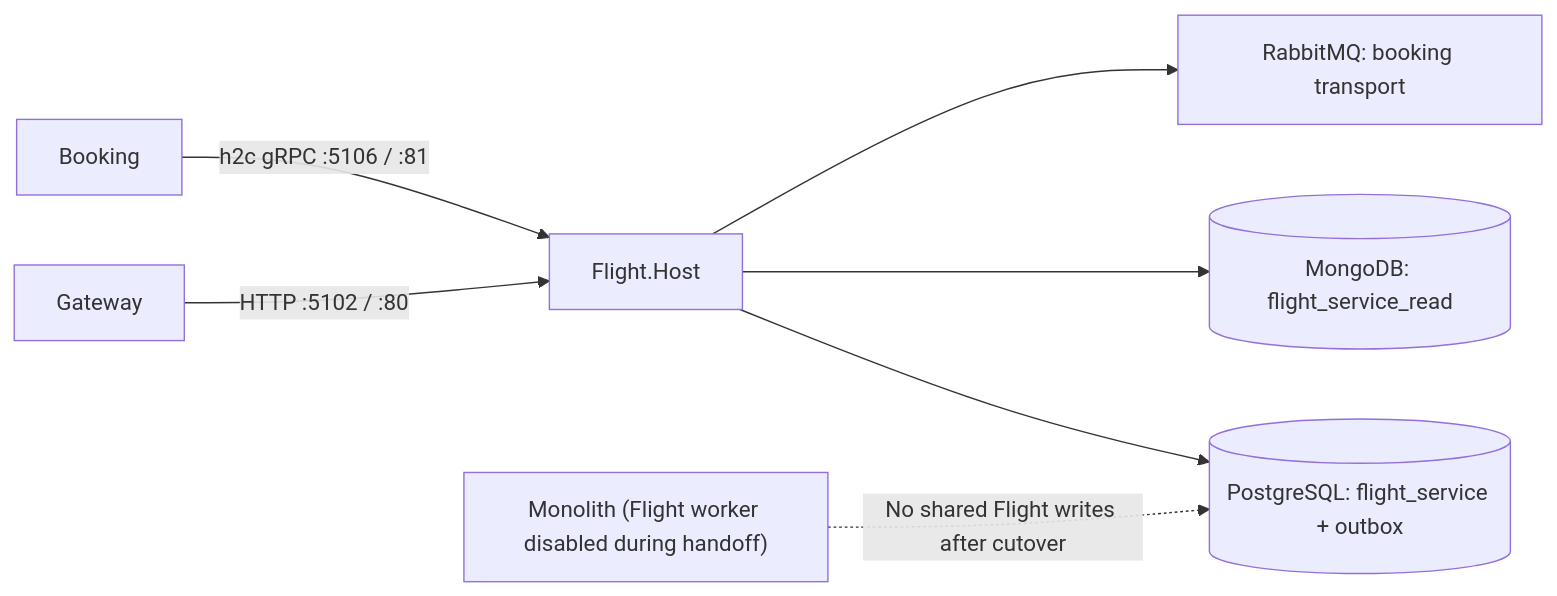
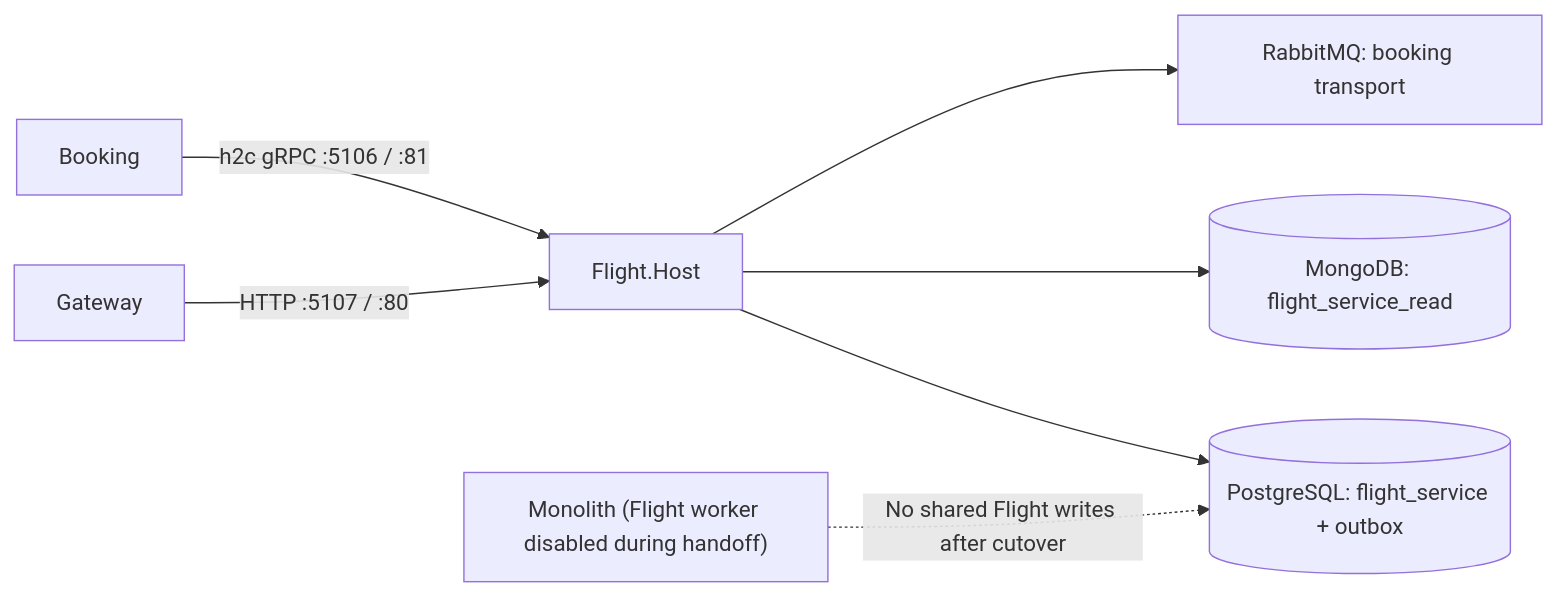
Before and after one commit to COG-GTM/booking-modular-monolith: the diagram in docs/adr/0502-standalone-flight-service-host.md, drawn with Mermaid. The commit also changed other lines of this file and 5 other files, not shown here.

Commit message:
fix(flight-host): move local HTTP port to 5107 to avoid Passenger.Host clash

````diff
--- a/docs/adr/0502-standalone-flight-service-host.md
+++ b/docs/adr/0502-standalone-flight-service-host.md
@@ -26,9 +26,9 @@
 ```mermaid
 flowchart LR
-    GW["Gateway"] -->|"HTTP :5102 / :80"| FH["Flight.Host"]
+    GW["Gateway"] -->|"HTTP :5107 / :80"| FH["Flight.Host"]
     BK["Booking"] -->|"h2c gRPC :5106 / :81"| FH
     FH --> FDB[("PostgreSQL: flight_service + outbox")]
     FH --> MDB[("MongoDB: flight_service_read")]
     FH --> RMQ["RabbitMQ: booking transport"]
     MONO["Monolith (Flight worker disabled during handoff)"] -.->|"No shared Flight writes after cutover"| FDB
 ```
````
